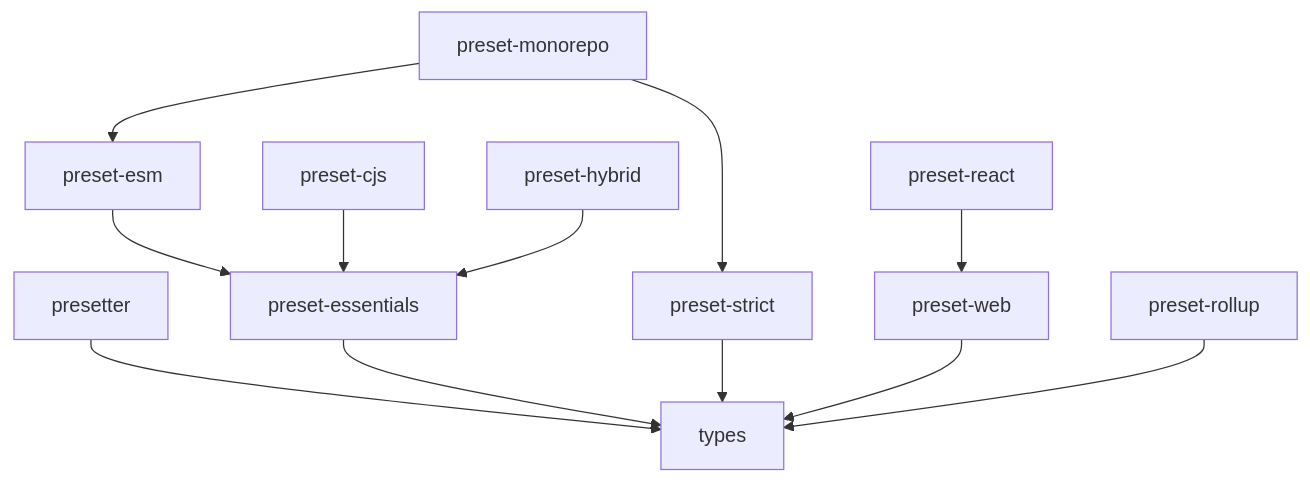
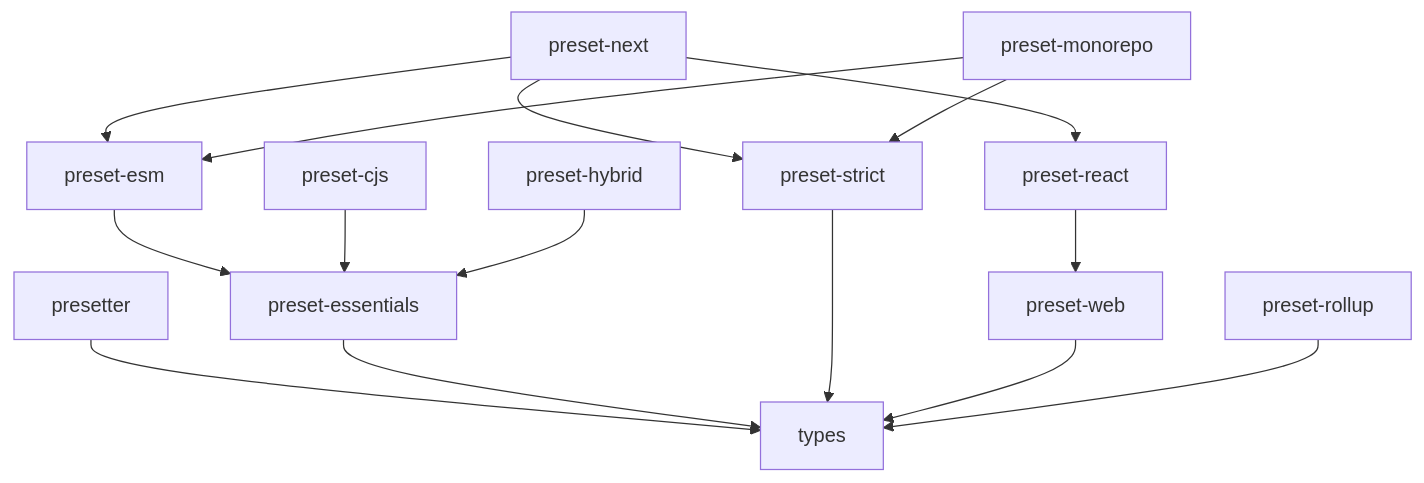
One commit to alvis/presetter changed the diagram in README.md. Above: the diagram before and after it, drawn with Mermaid. The commit also changed other lines of this file and 12 other files, not shown here.

Commit message:
feat(preset-next): introduce a new nextjs preset

````diff
--- a/README.md
+++ b/README.md
@@ -278,26 +286,30 @@
 ```mermaid
 graph TD
   T[types]
   P[presetter]
   E[preset-essentials]
   S[preset-strict]
   M[preset-esm]
   C[preset-cjs]
   H[preset-hybrid]
   W[preset-web]
   R[preset-react]
+  N[preset-next]
   U[preset-rollup]
   O[preset-monorepo]
 
   P --> T
   E --> T
   M --> E
   C --> E
   H --> E
   S --> T
   W --> T
   R --> W
+  N --> M
+  N --> S
+  N --> R
   U --> T
   O --> M
   O --> S
 ```
````
